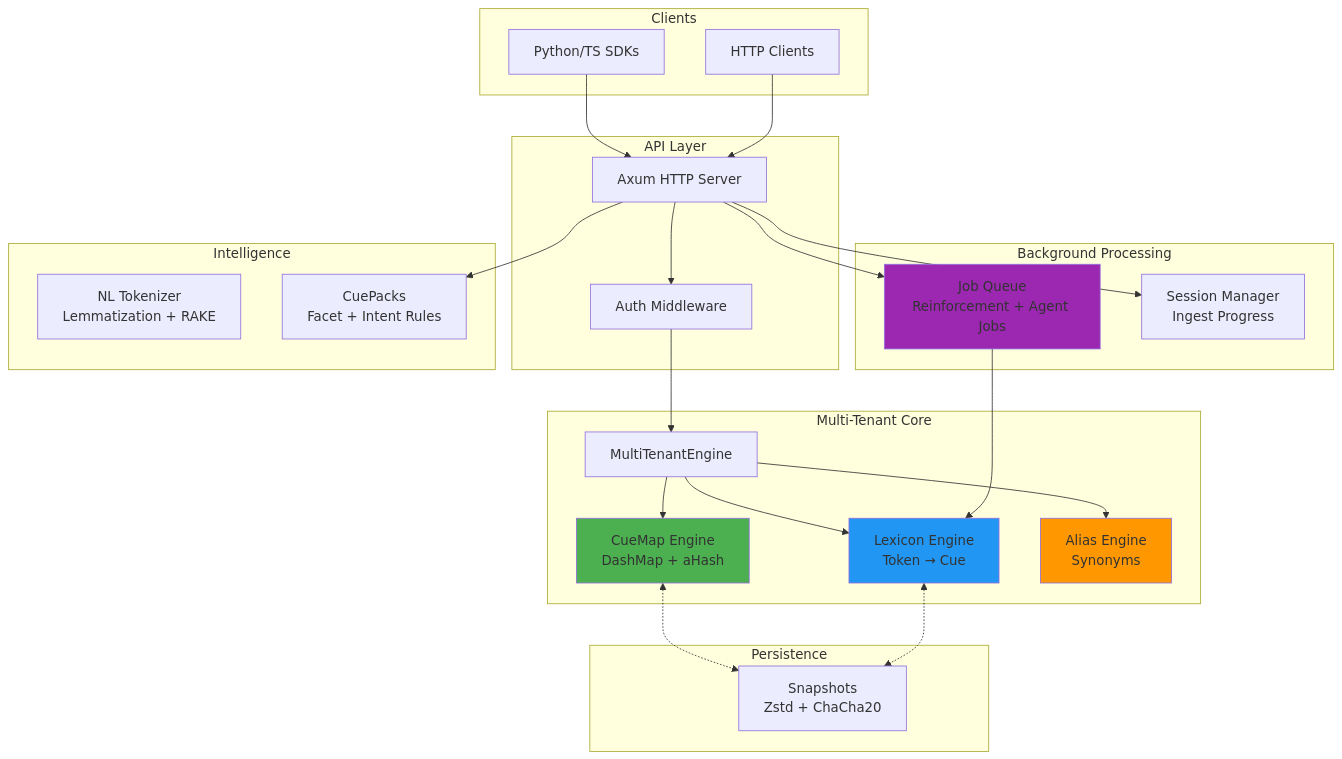
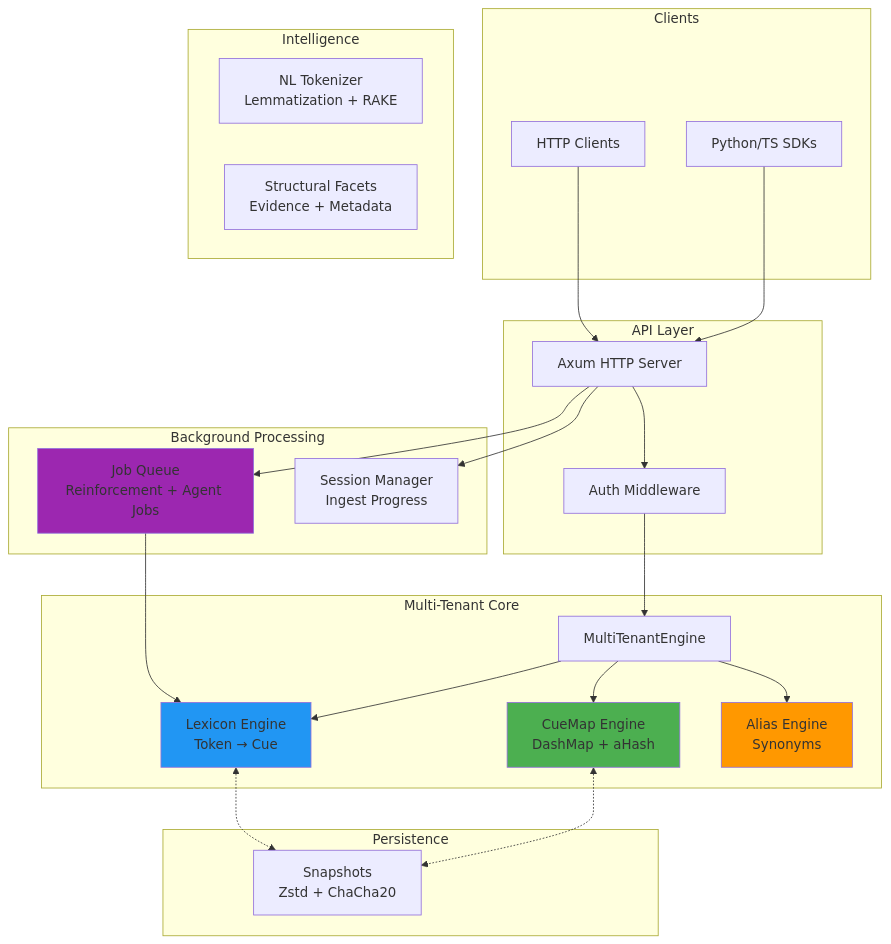
One commit to cuemap-dev/cuemap changed the first of 4 diagrams in README.md. Above: the diagram before and after it, drawn with Mermaid. The commit also changed other lines of this file and 66 other files, not shown here.

````diff
--- a/README.md
+++ b/README.md
@@ -782,55 +879,54 @@
 ```mermaid
 graph TB
     subgraph "Clients"
         SDK[Python/TS SDKs]
         CURL[HTTP Clients]
     end
     
     subgraph "API Layer"
         AXUM[Axum HTTP Server]
         AUTH[Auth Middleware]
     end
     
     subgraph "Multi-Tenant Core"
         MT[MultiTenantEngine]
         MAIN[CueMap Engine<br/>DashMap + aHash]
         LEX[Lexicon Engine<br/>Token → Cue]
         ALIAS[Alias Engine<br/>Synonyms]
     end
     
     subgraph "Background Processing"
         QUEUE[Job Queue<br/>Reinforcement + Agent Jobs]
         SESSION[Session Manager<br/>Ingest Progress]
     end
     
     subgraph "Intelligence"
         NL[NL Tokenizer<br/>Lemmatization + RAKE]
-        PACKS[CuePacks<br/>Facet + Intent Rules]
+        STRUCT[Structural Facets<br/>Evidence + Metadata]
     end
     
     subgraph "Persistence"
         PERSIST[Snapshots<br/>Zstd + ChaCha20]
     end
     
     SDK --> AXUM
     CURL --> AXUM
     AXUM --> AUTH --> MT
     
     MT --> MAIN
     MT --> LEX
     MT --> ALIAS
     
     AXUM --> QUEUE
     AXUM --> SESSION
     
     QUEUE --> LEX
-    AXUM --> PACKS
     
     MAIN <-.-> PERSIST
     LEX <-.-> PERSIST
     
     style MAIN fill:#4CAF50
     style LEX fill:#2196F3
     style ALIAS fill:#FF9800
     style QUEUE fill:#9C27B0
 ```
````
